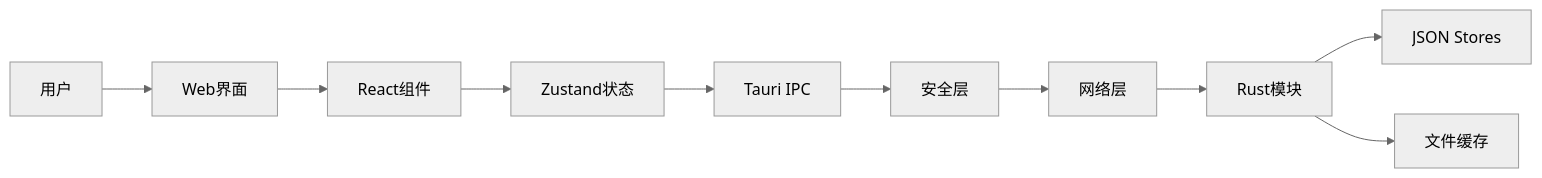
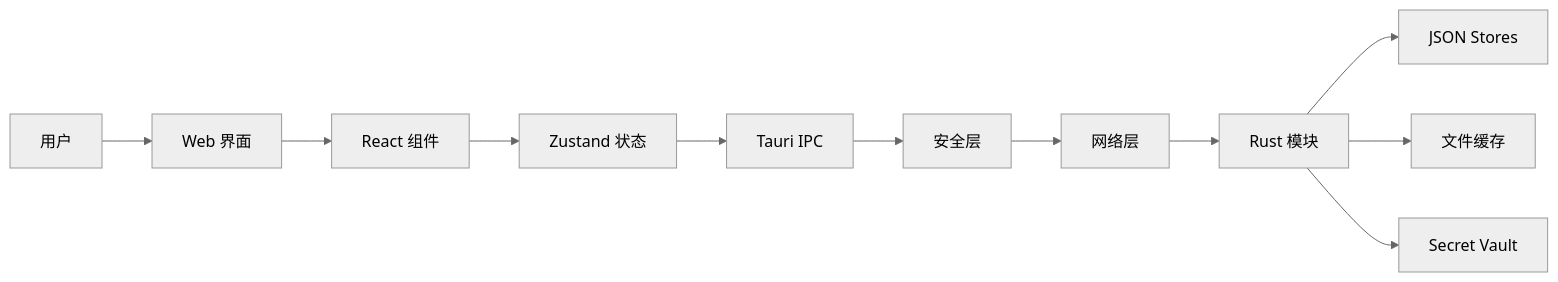
The diagram in docs/developer-guide/architecture/index.md (MaxQian888/cobalt-skymap), drawn with Mermaid (neutral theme) before and after one commit. The commit also changed other lines of this file and 253 other files, not shown here.

````diff
--- a/docs/developer-guide/architecture/index.md
+++ b/docs/developer-guide/architecture/index.md
@@ -32,12 +34,13 @@
 ```mermaid
 graph LR
-    A[用户] --> B[Web界面]
-    B --> C[React组件]
-    C --> D[Zustand状态]
+    A[用户] --> B[Web 界面]
+    B --> C[React 组件]
+    C --> D[Zustand 状态]
     D --> E[Tauri IPC]
     E --> S[安全层]
     S --> N[网络层]
-    N --> F[Rust模块]
+    N --> F[Rust 模块]
     F --> G[JSON Stores]
     F --> H[文件缓存]
+    F --> M[Secret Vault]
 ```
````
